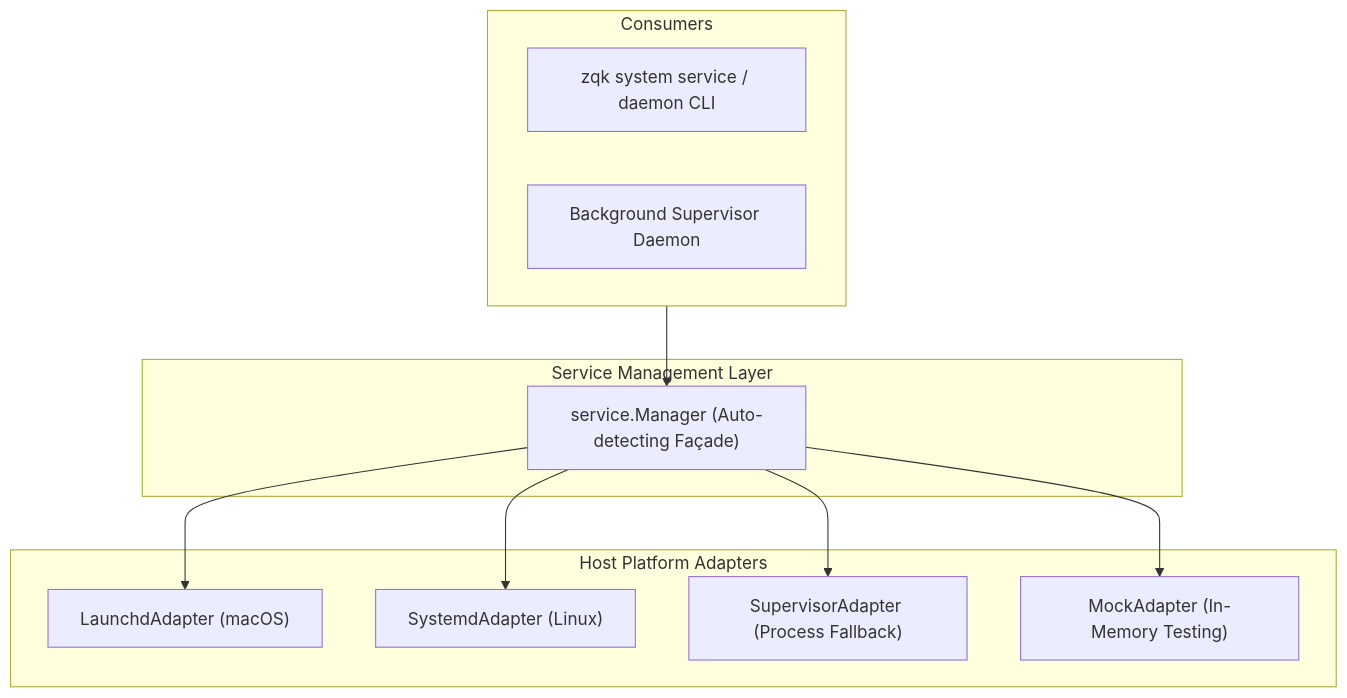
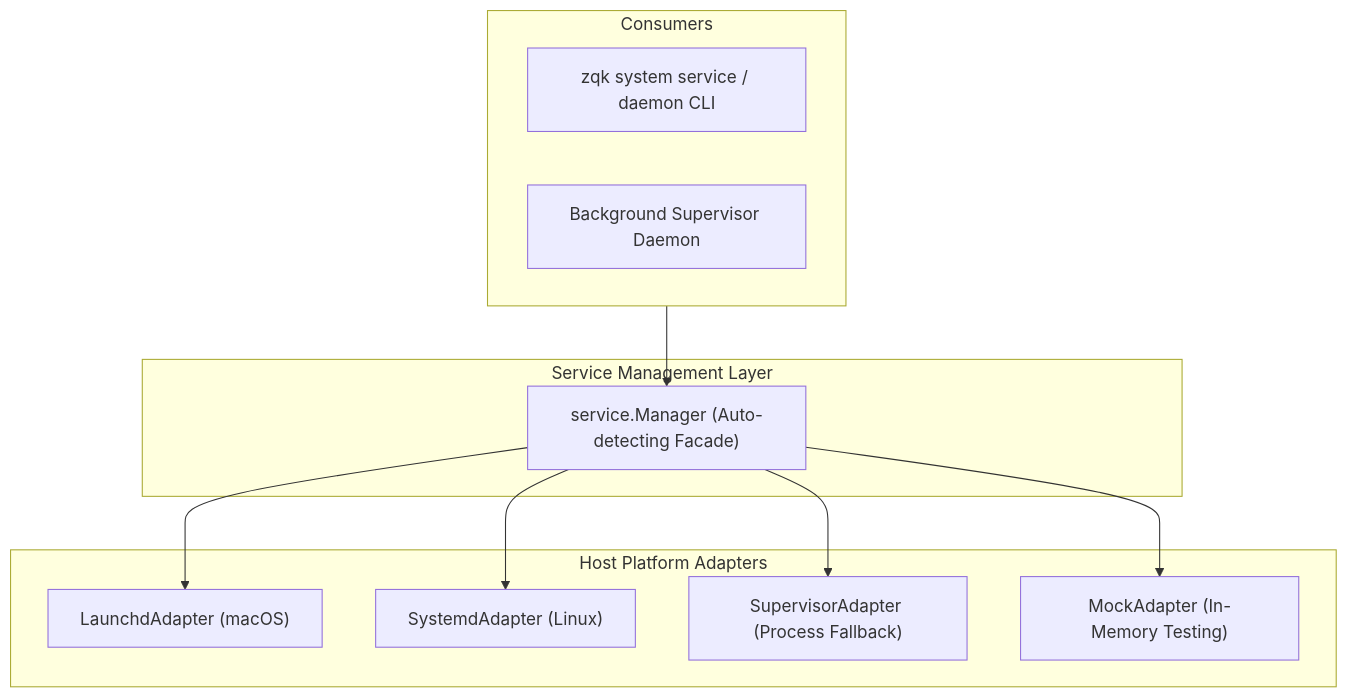
The diagram in docs/architecture/SERVICE_ADAPTER_SPECIFICATION.md (zqk-os/zqk), drawn with Mermaid before and after one commit. The commit also changed 11 other files, not shown here.

Commit message:
fix(docs, packaging): fix Architecture Overview A/B diagram, standardize Mermaid rendering, and fix cross-platform packaging

````diff
--- a/docs/architecture/SERVICE_ADAPTER_SPECIFICATION.md
+++ b/docs/architecture/SERVICE_ADAPTER_SPECIFICATION.md
@@ -8,24 +8,24 @@
 ```mermaid
 flowchart TD
-    subgraph Client [Consumers]
+    subgraph Client["Consumers"]
         CLI["zqk system service / daemon CLI"]
         Daemon["Background Supervisor Daemon"]
     end
 
-    subgraph Facade [Service Management Layer]
-        Mgr["service.Manager (Auto-detecting Façade)"]
+    subgraph FacadeLayer["Service Management Layer"]
+        Mgr["service.Manager (Auto-detecting Facade)"]
     end
 
-    subgraph Adapters [Host Platform Adapters]
+    subgraph Adapters["Host Platform Adapters"]
         Darwin["LaunchdAdapter (macOS)"]
         Linux["SystemdAdapter (Linux)"]
         Fallback["SupervisorAdapter (Process Fallback)"]
         Mock["MockAdapter (In-Memory Testing)"]
     end
 
     Client --> Mgr
     Mgr --> Darwin
     Mgr --> Linux
     Mgr --> Fallback
     Mgr --> Mock
 ```
````
